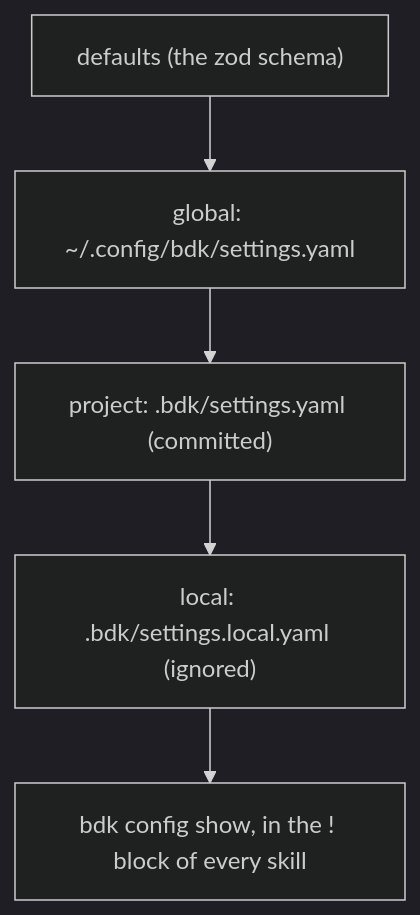
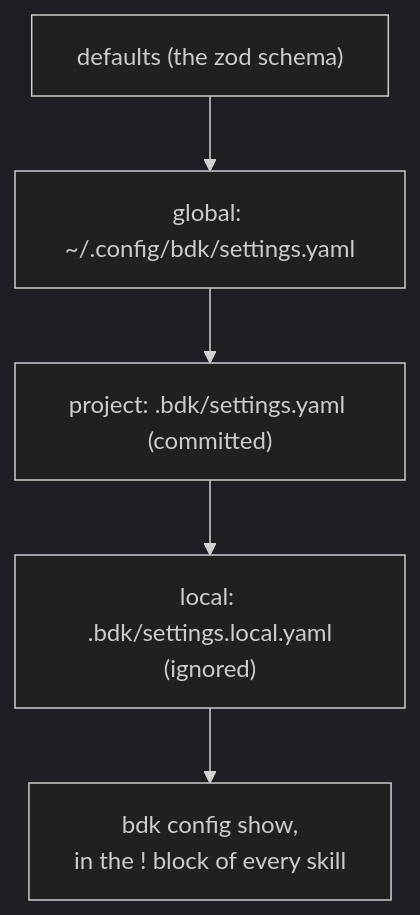
Before and after one commit to broneq/bdk: the third of 6 diagrams in docs/concepts/cli-config-hooks.md, drawn with Mermaid (dark theme). The commit also changed 11 other files, not shown here.

First line of the commit message:
fix(docs): break flowchart labels only at the author's line breaks

````diff
--- a/docs/concepts/cli-config-hooks.md
+++ b/docs/concepts/cli-config-hooks.md
@@ -79,7 +79,7 @@
 ```mermaid
 flowchart TB
   D["defaults (the zod schema)"] --> G["global: ~/.config/bdk/settings.yaml"]
   G --> P["project: .bdk/settings.yaml (committed)"]
-  P --> L["local: .bdk/settings.local.yaml (ignored)"]
-  L --> SHOW["bdk config show, in the ! block of every skill"]
+  P --> L["local: .bdk/settings.local.yaml<br/>(ignored)"]
+  L --> SHOW["bdk config show,<br/>in the ! block of every skill"]
 ```
````
